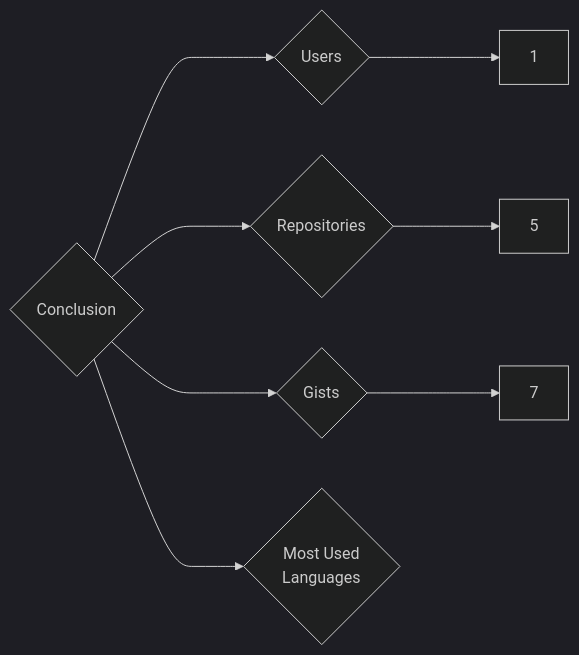
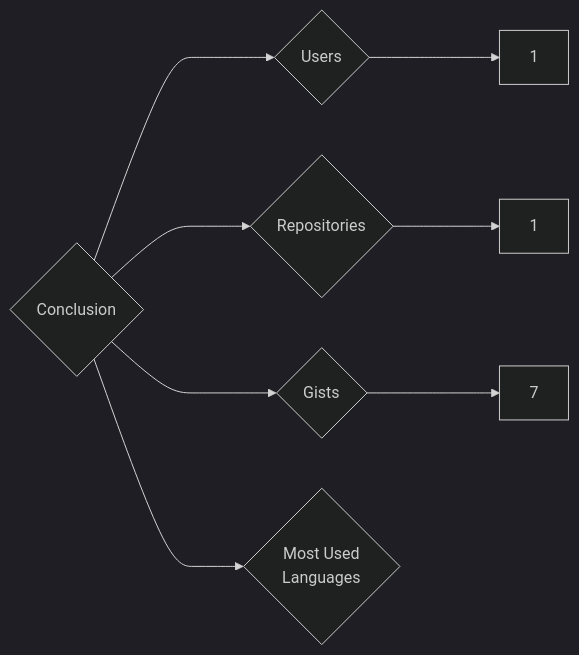
The diagram in targets/Conclusion/README.md (trickest/insiders), drawn with Mermaid (dark theme) before and after one commit. The commit also changed 693 other files, not shown here.

````diff
--- a/targets/Conclusion/README.md
+++ b/targets/Conclusion/README.md
@@ -3,8 +3,8 @@
 ```mermaid
 graph LR
 COMPANY_NAME{Conclusion}
 COMPANY_NAME ---> U{Users} ---> UN[1]
-COMPANY_NAME ---> R{Repositories} ---> RN[5]
+COMPANY_NAME ---> R{Repositories} ---> RN[1]
 COMPANY_NAME ---> G{Gists} ---> GN[7]
 COMPANY_NAME ---> ML{Most Used<br>Languages}
 ```
````
